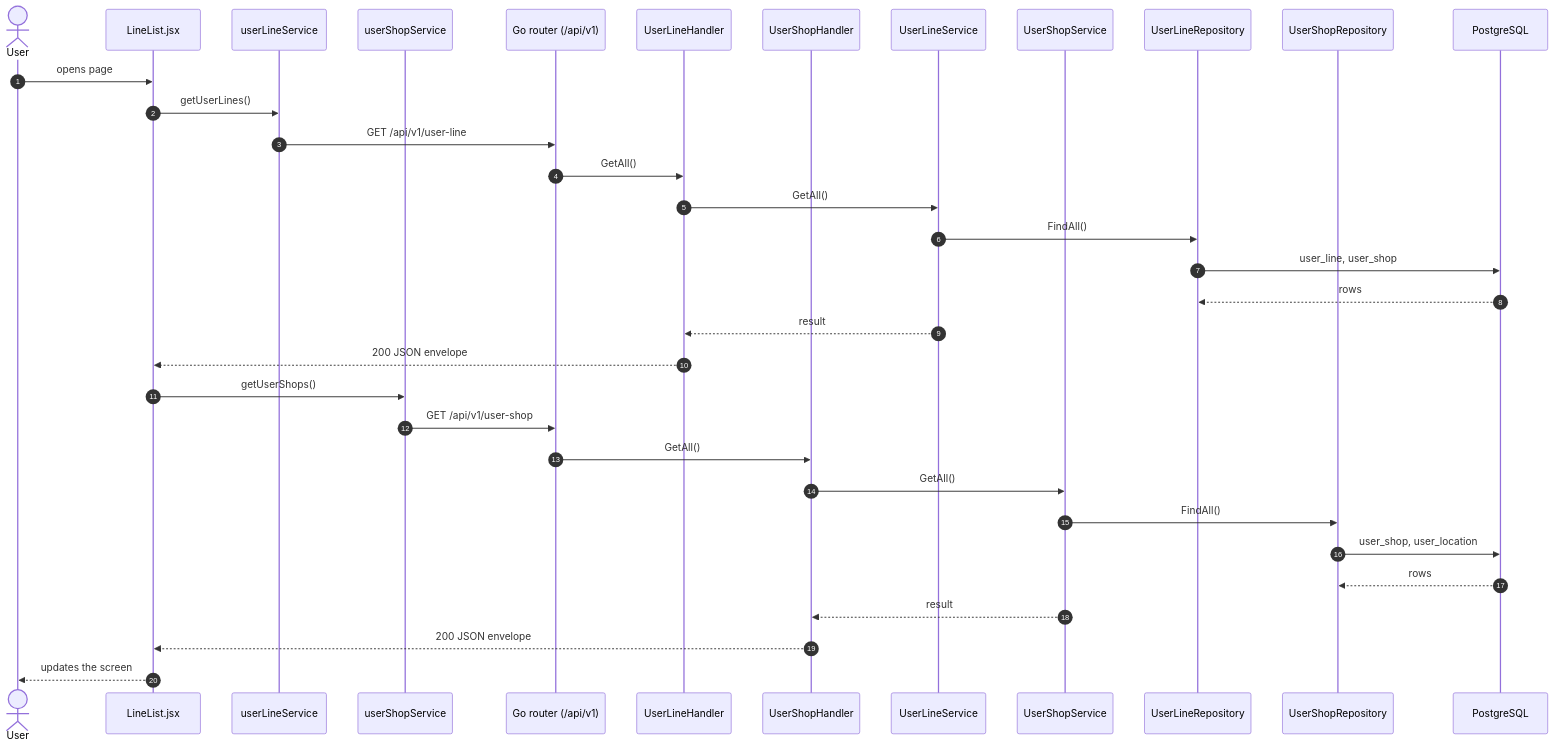
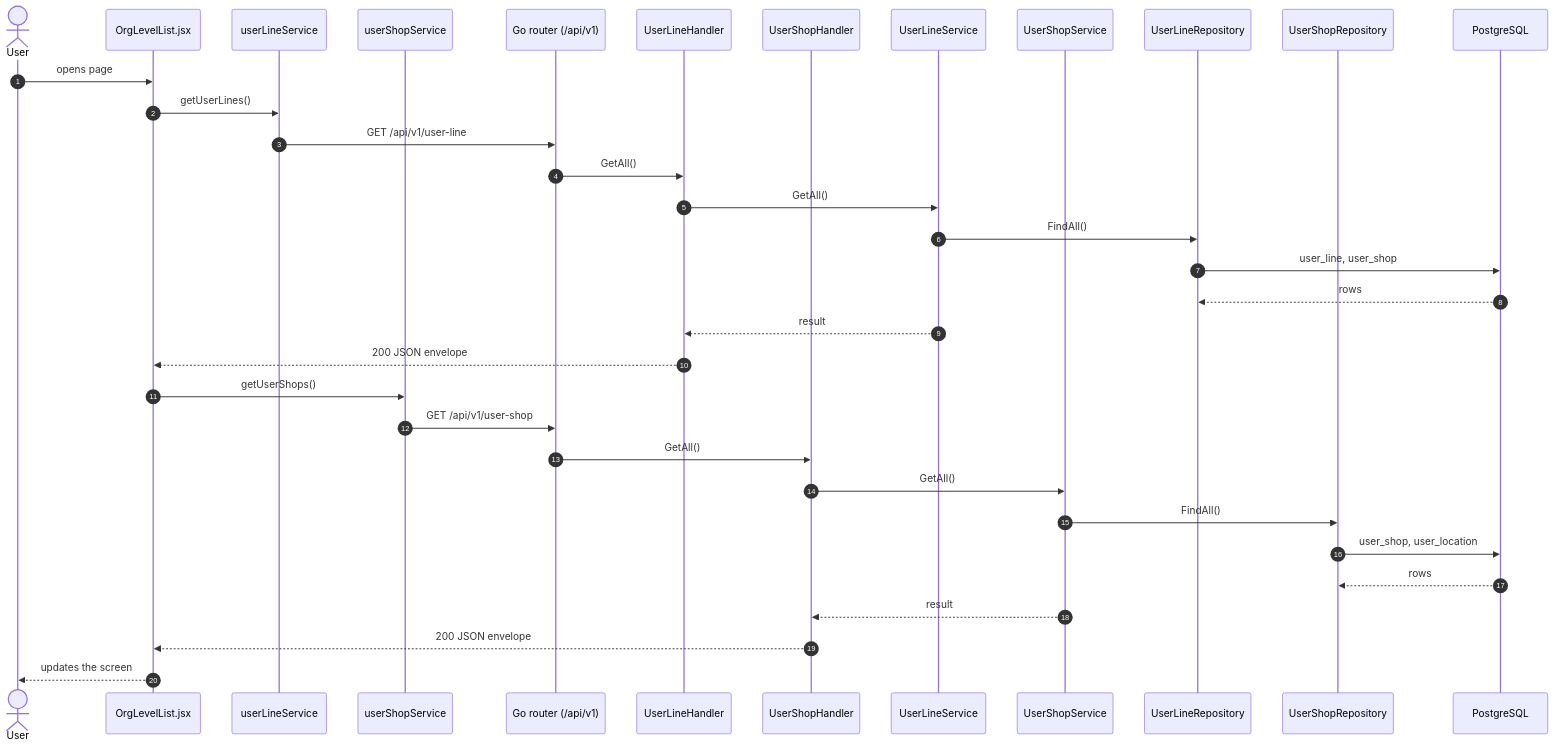
One commit to hirenenliven/7th-sense-client changed the first of 3 diagrams in docs/pages/org-lines.md. Above: the diagram before and after it, drawn with Mermaid. The commit also changed other lines of this file and 143 other files, not shown here.

First line of the commit message:
feat: live machine data over Socket.IO, shared org-level screens, and user machine filters

````diff
--- a/docs/pages/org-lines.md
+++ b/docs/pages/org-lines.md
@@ -9,36 +9,36 @@
 ```mermaid
 sequenceDiagram
   autonumber
   actor User
-  participant Page as LineList.jsx
+  participant Page as OrgLevelList.jsx
   participant userLineService
   participant userShopService
   participant API as Go router (/api/v1)
   participant UserLineHandler
   participant UserShopHandler
   participant UserLineService
   participant UserShopService
   participant UserLineRepository
   participant UserShopRepository
   participant DB as PostgreSQL
   User->>Page: opens page
   Page->>userLineService: getUserLines()
   userLineService->>API: GET /api/v1/user-line
   API->>UserLineHandler: GetAll()
   UserLineHandler->>UserLineService: GetAll()
   UserLineService->>UserLineRepository: FindAll()
   UserLineRepository->>DB: user_line, user_shop
   DB-->>UserLineRepository: rows
   UserLineService-->>UserLineHandler: result
   UserLineHandler-->>Page: 200 JSON envelope
   Page->>userShopService: getUserShops()
   userShopService->>API: GET /api/v1/user-shop
   API->>UserShopHandler: GetAll()
   UserShopHandler->>UserShopService: GetAll()
   UserShopService->>UserShopRepository: FindAll()
   UserShopRepository->>DB: user_shop, user_location
   DB-->>UserShopRepository: rows
   UserShopService-->>UserShopHandler: result
   UserShopHandler-->>Page: 200 JSON envelope
   Page-->>User: updates the screen
 ```
````
